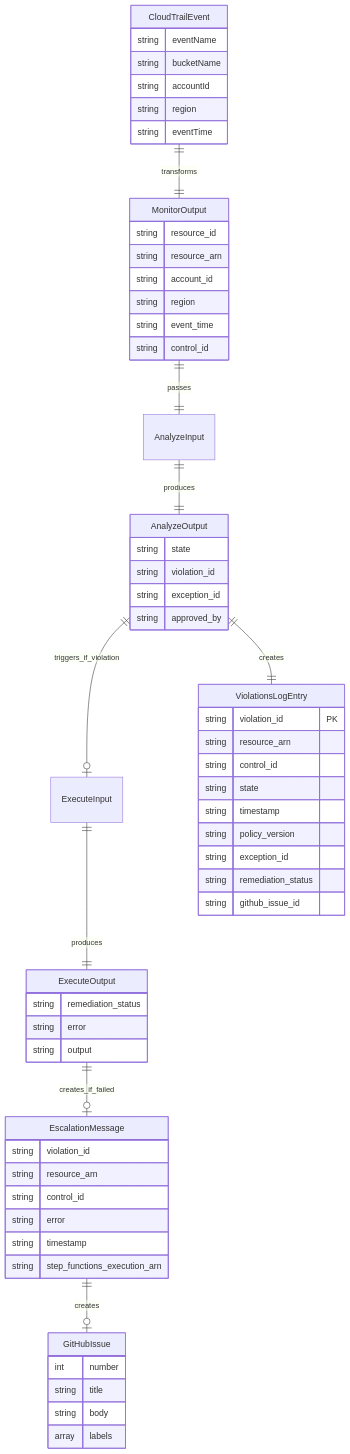
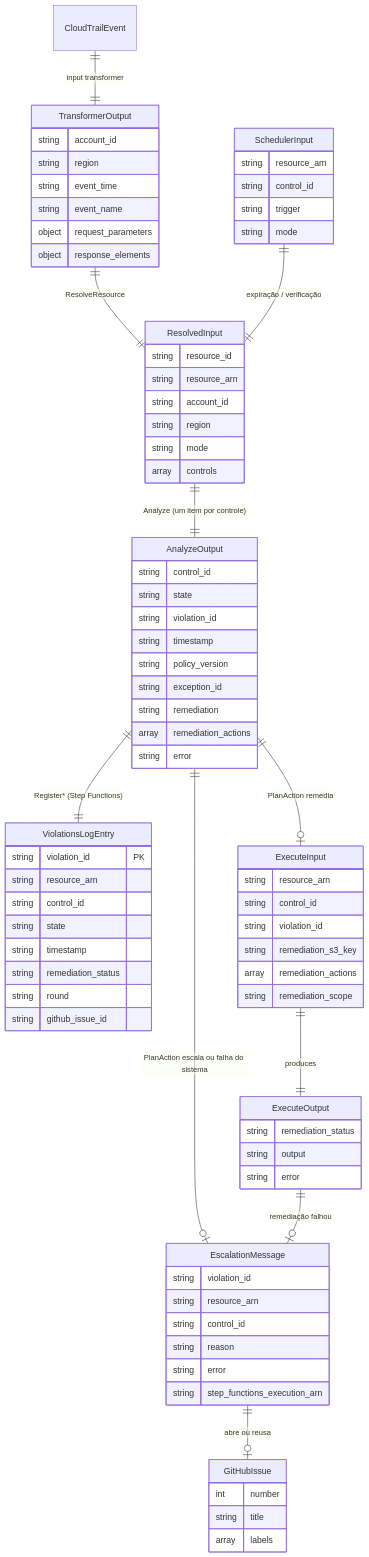
The fourth of 6 diagrams in .kiro/specs/mvp-compliance-automation-loop/design.md (ricardoandreh/compliance-loop), drawn with Mermaid before and after one commit. The commit also changed other lines of this file and 3 other files, not shown here.

````diff
--- a/.kiro/specs/mvp-compliance-automation-loop/design.md
+++ b/.kiro/specs/mvp-compliance-automation-loop/design.md
@@ -985,69 +928,91 @@
 ```mermaid
 erDiagram
-    CloudTrailEvent ||--|| MonitorOutput : transforms
-    MonitorOutput ||--|| AnalyzeInput : passes
-    AnalyzeInput ||--|| AnalyzeOutput : produces
-    AnalyzeOutput ||--o| ExecuteInput : triggers_if_violation
+    CloudTrailEvent ||--|| TransformerOutput : "input transformer"
+    TransformerOutput ||--|| ResolvedInput : "ResolveResource"
+    SchedulerInput ||--|| ResolvedInput : "expiração / verificação"
+    ResolvedInput ||--|| AnalyzeOutput : "Analyze (um item por controle)"
+    AnalyzeOutput ||--|| ViolationsLogEntry : "Register* (Step Functions)"
+    AnalyzeOutput ||--o| ExecuteInput : "PlanAction remedia"
     ExecuteInput ||--|| ExecuteOutput : produces
-    AnalyzeOutput ||--|| ViolationsLogEntry : creates
-    ExecuteOutput ||--o| EscalationMessage : creates_if_failed
-    EscalationMessage ||--o| GitHubIssue : creates
-    
-    CloudTrailEvent {
-        string eventName
-        string bucketName
-        string accountId
+    AnalyzeOutput ||--o| EscalationMessage : "PlanAction escala ou falha do sistema"
+    ExecuteOutput ||--o| EscalationMessage : "remediação falhou"
+    EscalationMessage ||--o| GitHubIssue : "abre ou reusa"
+
+    TransformerOutput {
+        string account_id
         string region
-        string eventTime
+        string event_time
+        string event_name
+        object request_parameters
+        object response_elements
     }
-    
-    MonitorOutput {
+
+    SchedulerInput {
+        string resource_arn
+        string control_id
+        string trigger
+        string mode
+    }
+
+    ResolvedInput {
         string resource_id
         string resource_arn
         string account_id
         string region
-        string event_time
+        string mode
+        array controls
+    }
+
+    AnalyzeOutput {
         string control_id
-    }
-    
-    AnalyzeOutput {
         string state
         string violation_id
+        string timestamp
+        string policy_version
         string exception_id
-        string approved_by
+        string remediation
+        array remediation_actions
+        string error
     }
-    
+
+    ExecuteInput {
+        string resource_arn
+        string control_id
+        string violation_id
+        string remediation_s3_key
+        array remediation_actions
+        string remediation_scope
+    }
+
     ExecuteOutput {
         string remediation_status
+        string output
         string error
-        string output
     }
-    
+
     ViolationsLogEntry {
         string violation_id PK
         string resource_arn
         string control_id
         string state
         string timestamp
-        string policy_version
-        string exception_id
         string remediation_status
+        string round
         string github_issue_id
     }
-    
+
     EscalationMessage {
         string violation_id
         string resource_arn
         string control_id
+        string reason
         string error
-        string timestamp
         string step_functions_execution_arn
     }
-    
+
     GitHubIssue {
         int number
         string title
-        string body
         array labels
     }
 ```
````
